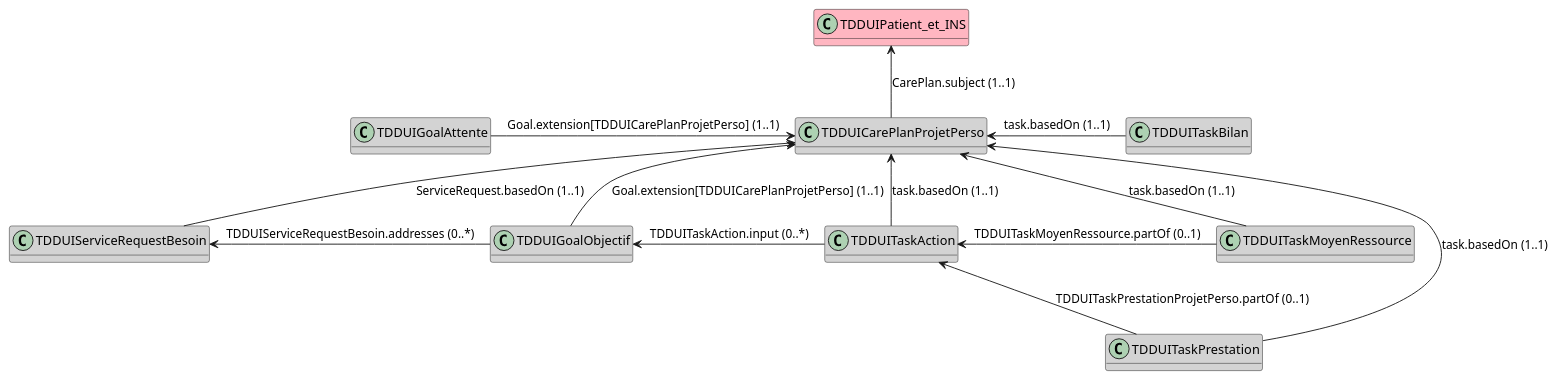
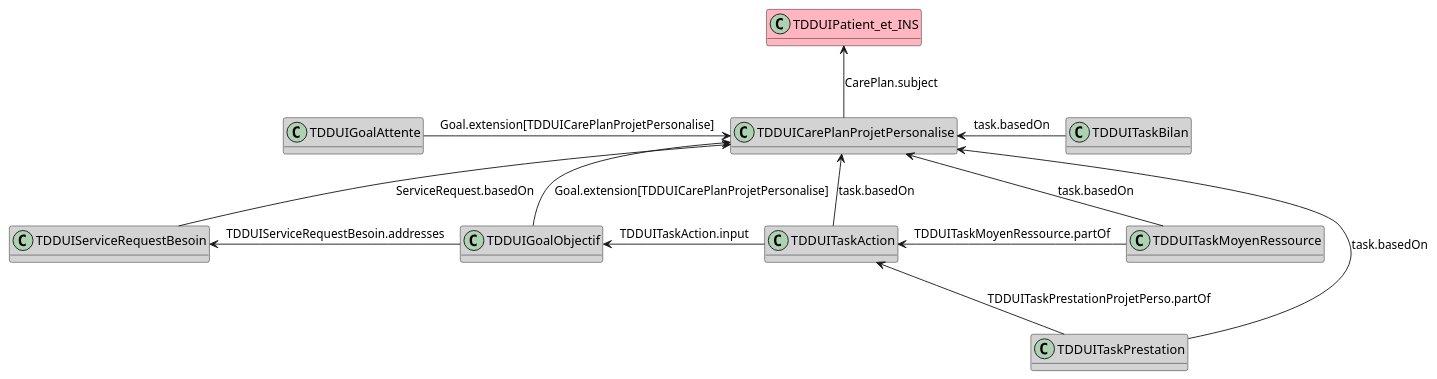
Before and after one commit to ansforge/IG-fhir-medicosocial-transfert-donnees-dui: the diagram in input/images-source/mapping_TDDUIProjetPersonnalise.plantuml, drawn with PlantUML. The commit also changed 17 other files, not shown here.

```diff
--- a/input/images-source/mapping_TDDUIProjetPersonnalise.plantuml
+++ b/input/images-source/mapping_TDDUIProjetPersonnalise.plantuml
@@ -1,32 +1,32 @@
 @startuml
 
 hide empty methods
 
 class TDDUIPatient_et_INS #LightPink
 class TDDUIGoalAttente #LightGray
 class TDDUIServiceRequestBesoin #LightGray
 class TDDUIGoalObjectif #LightGray
 class TDDUITaskAction #LightGray
 class TDDUITaskMoyenRessource #LightGray
 class TDDUITaskPrestation #LightGray
 class TDDUITaskBilan #LightGray
-class TDDUICarePlanProjetPerso #LightGray
+class TDDUICarePlanProjetPersonalise #LightGray
 
-TDDUIPatient_et_INS <-- TDDUICarePlanProjetPerso : CarePlan.subject (1..1)
+TDDUIPatient_et_INS <-- TDDUICarePlanProjetPersonalise : CarePlan.subject
 
-TDDUICarePlanProjetPerso <-- TDDUIServiceRequestBesoin : ServiceRequest.basedOn (1..1)
-TDDUICarePlanProjetPerso <-- TDDUIGoalObjectif : Goal.extension[TDDUICarePlanProjetPerso] (1..1)
-TDDUICarePlanProjetPerso <-- TDDUITaskAction : task.basedOn (1..1)
-TDDUICarePlanProjetPerso <-- TDDUITaskMoyenRessource : task.basedOn (1..1)
+TDDUICarePlanProjetPersonalise <-- TDDUIServiceRequestBesoin : ServiceRequest.basedOn
+TDDUICarePlanProjetPersonalise <-- TDDUIGoalObjectif : Goal.extension[TDDUICarePlanProjetPersonalise]
+TDDUICarePlanProjetPersonalise <-- TDDUITaskAction : task.basedOn
+TDDUICarePlanProjetPersonalise <-- TDDUITaskMoyenRessource : task.basedOn
 
-TDDUIServiceRequestBesoin <- TDDUIGoalObjectif : TDDUIServiceRequestBesoin.addresses (0..*)
-TDDUIGoalObjectif <- TDDUITaskAction : TDDUITaskAction.input (0..*)
-TDDUITaskAction <- TDDUITaskMoyenRessource : TDDUITaskMoyenRessource.partOf (0..1)
+TDDUIServiceRequestBesoin <- TDDUIGoalObjectif : TDDUIServiceRequestBesoin.addresses
+TDDUIGoalObjectif <- TDDUITaskAction : TDDUITaskAction.input
+TDDUITaskAction <- TDDUITaskMoyenRessource : TDDUITaskMoyenRessource.partOf
 
-TDDUITaskAction <-- TDDUITaskPrestation : TDDUITaskPrestationProjetPerso.partOf (0..1)
-TDDUICarePlanProjetPerso <- TDDUITaskPrestation : task.basedOn (1..1)
+TDDUITaskAction <-- TDDUITaskPrestation : TDDUITaskPrestationProjetPerso.partOf
+TDDUICarePlanProjetPersonalise <- TDDUITaskPrestation : task.basedOn
 
-TDDUICarePlanProjetPerso <- TDDUITaskBilan : task.basedOn (1..1)
-TDDUIGoalAttente -> TDDUICarePlanProjetPerso : Goal.extension[TDDUICarePlanProjetPerso] (1..1)
+TDDUICarePlanProjetPersonalise <- TDDUITaskBilan : task.basedOn
+TDDUIGoalAttente -> TDDUICarePlanProjetPersonalise : Goal.extension[TDDUICarePlanProjetPersonalise]
 
 @enduml
```
